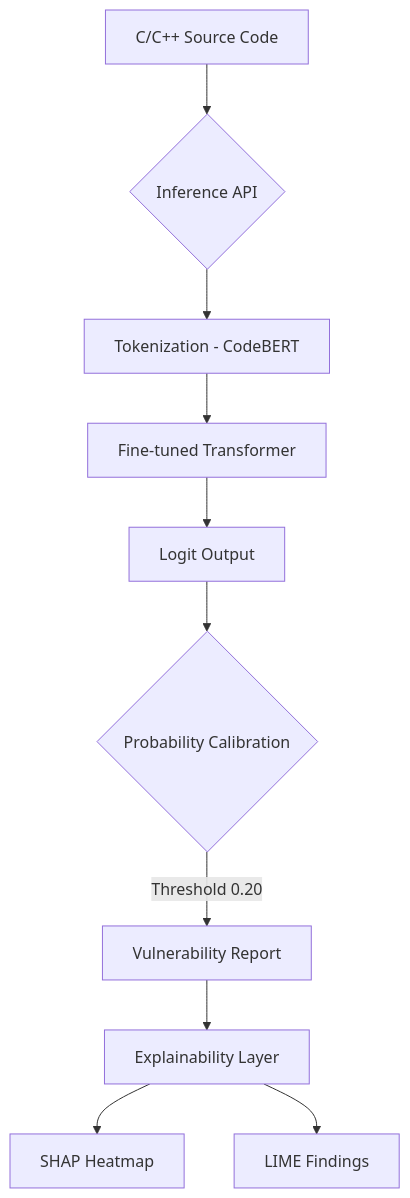
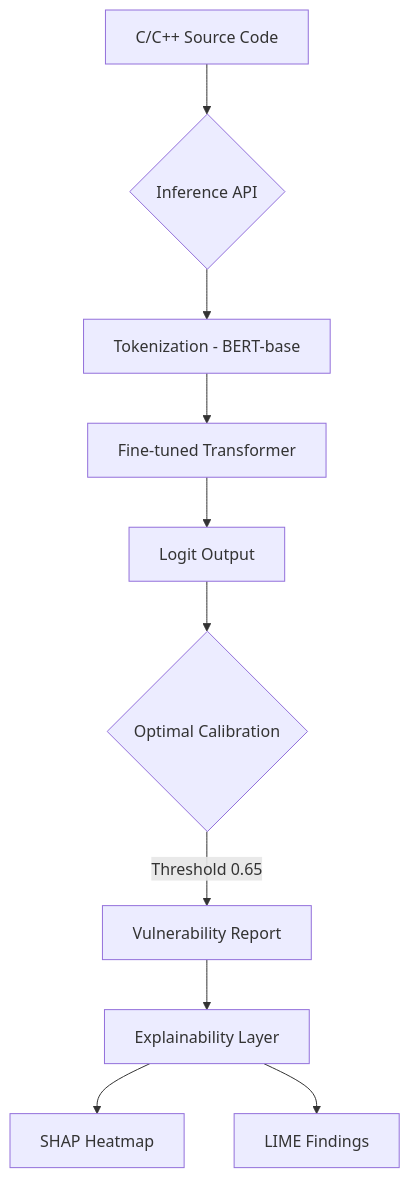
The diagram in README.md (nahyan0077/secure-code-analyzer-model), drawn with Mermaid before and after one commit. The commit also changed other lines of this file and 11 other files, not shown here.

Commit message:
feat: Migrate from CodeBERT to an optimized BERT-base model with a custom MLP head, balanced undersampling, and configurable evaluation thresholds.

````diff
--- a/README.md
+++ b/README.md
@@ -23,12 +23,12 @@
 ```mermaid
 graph TD
     A[C/C++ Source Code] --> B{Inference API}
-    B --> C[Tokenization - CodeBERT]
+    B --> C[Tokenization - BERT-base]
     C --> D[Fine-tuned Transformer]
     D --> E[Logit Output]
-    E --> F{Probability Calibration}
-    F -->|Threshold 0.20| G[Vulnerability Report]
+    E --> F{Optimal Calibration}
+    F -->|Threshold 0.65| G[Vulnerability Report]
     G --> H[Explainability Layer]
     H --> I[SHAP Heatmap]
     H --> J[LIME Findings]
 ```
````
